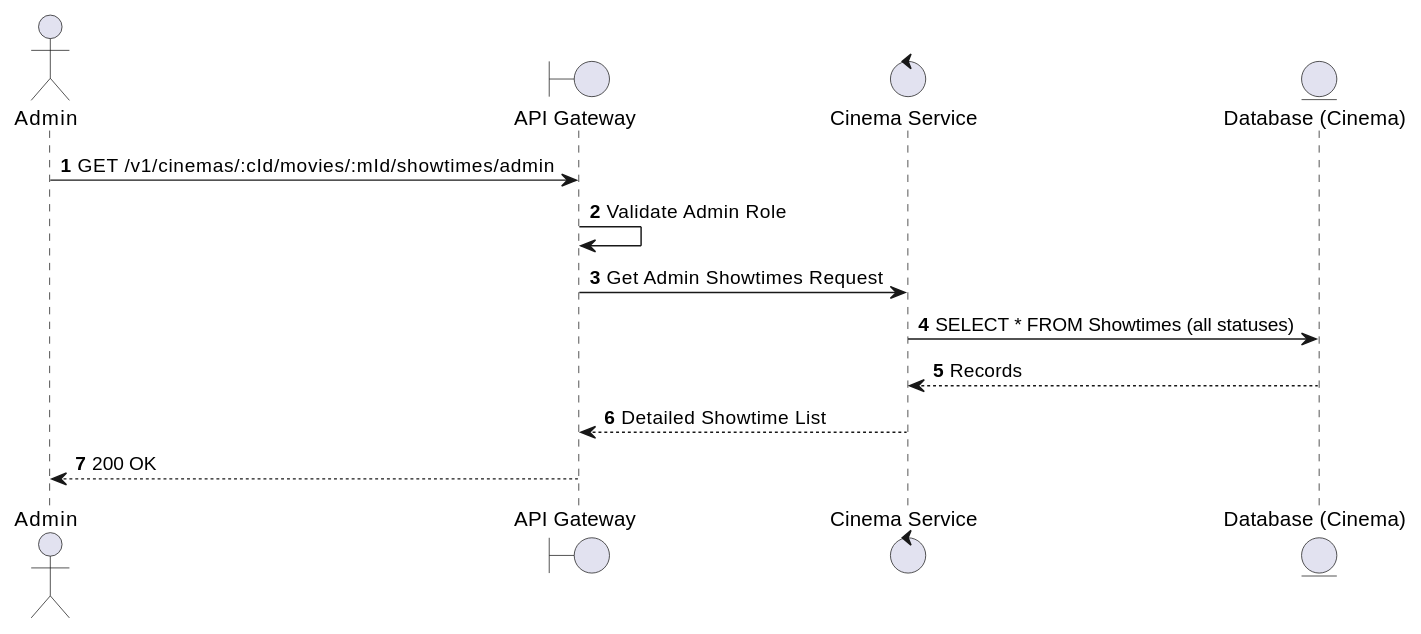
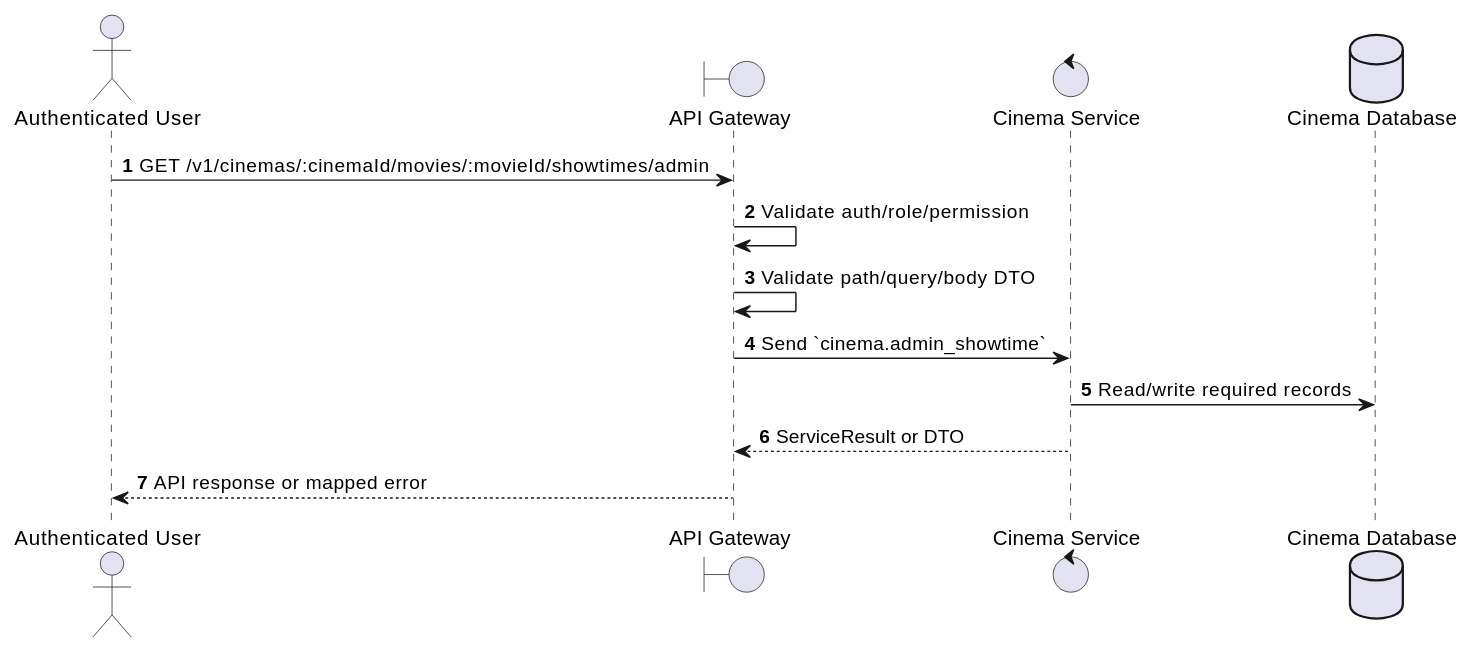
Before and after one commit to Tanh1603/movie-hub-architecture: the first of 2 diagrams in docs/functional_specs/3.4_Showtime_Scheduling/ST-08_Admin_Get_Showtimes.md, drawn with PlantUML. The commit also changed other lines of this file and 126 other files, not shown here.

````diff
--- a/docs/functional_specs/3.4_Showtime_Scheduling/ST-08_Admin_Get_Showtimes.md
+++ b/docs/functional_specs/3.4_Showtime_Scheduling/ST-08_Admin_Get_Showtimes.md
@@ -17,17 +17,17 @@
 ```plantuml
 @startuml
 autonumber
-actor Admin
+actor "Authenticated User" as Actor
 boundary "API Gateway" as GW
-control "Cinema Service" as CS
-entity "Database (Cinema)" as DB
+control "Cinema Service" as SVC
+database "Cinema Database" as DB
 
-Admin -> GW: GET /v1/cinemas/:cId/movies/:mId/showtimes/admin
-GW -> GW: Validate Admin Role
-GW -> CS: Get Admin Showtimes Request
-CS -> DB: SELECT * FROM Showtimes (all statuses)
-DB --> CS: Records
-CS --> GW: Detailed Showtime List
-GW --> Admin: 200 OK
+Actor -> GW: GET /v1/cinemas/:cinemaId/movies/:movieId/showtimes/admin
+GW -> GW: Validate auth/role/permission
+GW -> GW: Validate path/query/body DTO
+GW -> SVC: Send `cinema.admin_showtime`
+SVC -> DB: Read/write required records
+SVC --> GW: ServiceResult or DTO
+GW --> Actor: API response or mapped error
 @enduml
 ```
````
